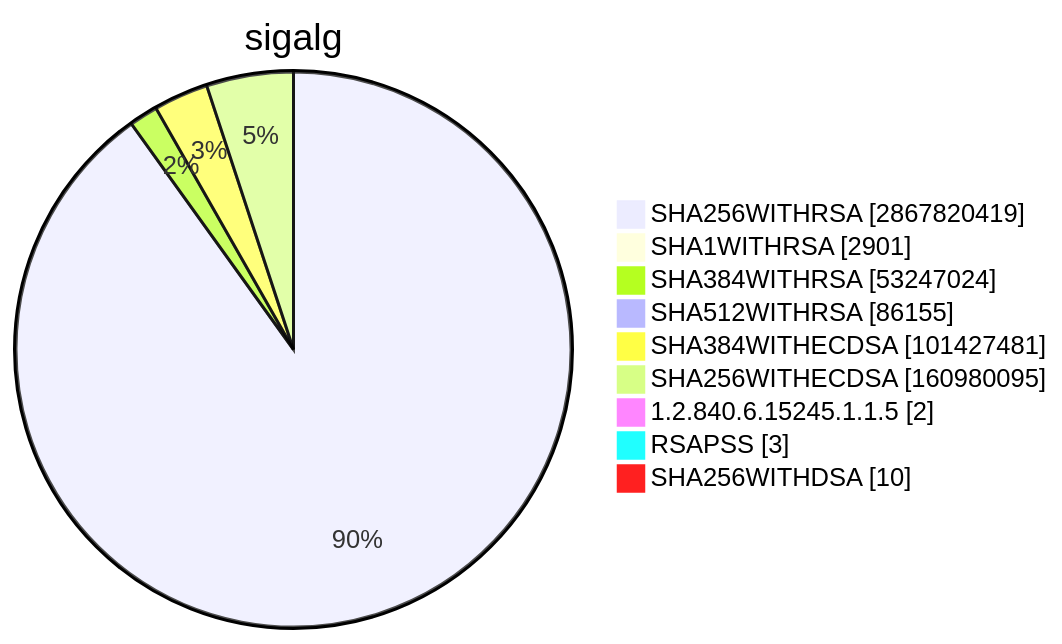
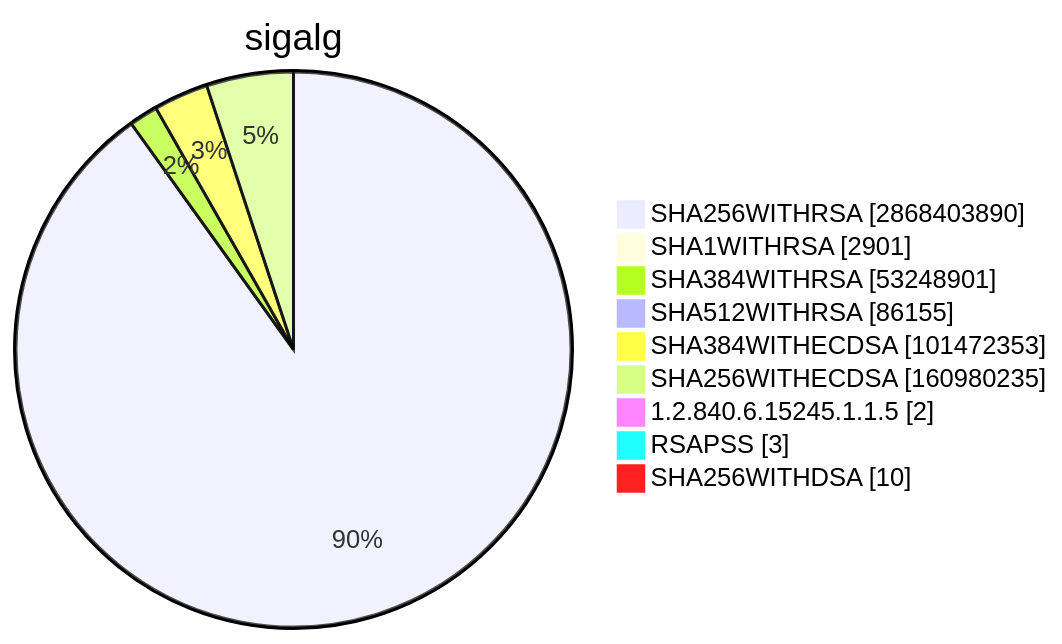
One commit to christiankrug/ctmonitor_visualization changed diagram 15 of 15 in TOTAL/README.md. Above: the diagram before and after it, drawn with Mermaid. The commit also changed other lines of this file, not shown here.

````diff
--- a/TOTAL/README.md
+++ b/TOTAL/README.md
@@ -6207,13 +6207,13 @@
 ```mermaid
 pie showData
 title sigalg
-"SHA256WITHRSA" :2867820419
+"SHA256WITHRSA" :2868403890
 "SHA1WITHRSA" :2901
-"SHA384WITHRSA" :53247024
+"SHA384WITHRSA" :53248901
 "SHA512WITHRSA" :86155
-"SHA384WITHECDSA" :101427481
-"SHA256WITHECDSA" :160980095
+"SHA384WITHECDSA" :101472353
+"SHA256WITHECDSA" :160980235
 "1.2.840.6.15245.1.1.5" :2
 "RSAPSS" :3
 "SHA256WITHDSA" :10
 ```
````
